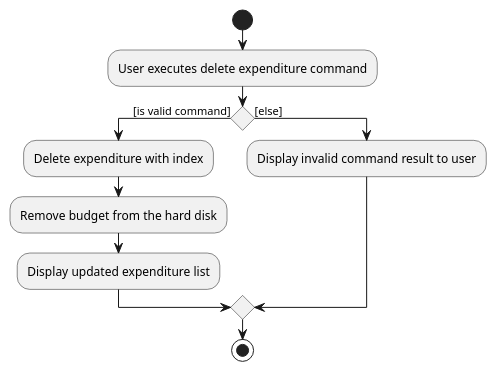
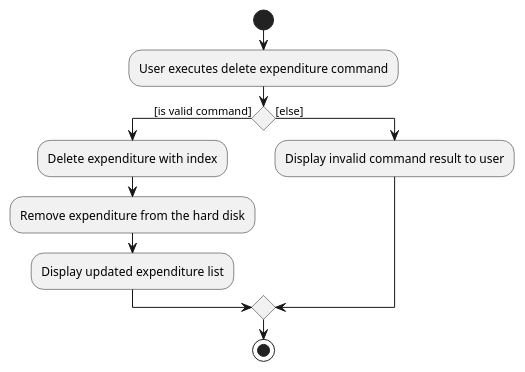
One commit to yu-ming-chen/tp changed the diagram in docs/diagrams/commandsPlantUML/DeleteExpenditureActivityDiagram.puml. Above: the diagram before and after it, drawn with PlantUML. The commit also changed 8 other files, not shown here.

Commit message:
Fix diagrams

```diff
--- a/docs/diagrams/commandsPlantUML/DeleteExpenditureActivityDiagram.puml
+++ b/docs/diagrams/commandsPlantUML/DeleteExpenditureActivityDiagram.puml
@@ -1,12 +1,12 @@
 @startuml
 start
 :User executes delete expenditure command;
 if() then ([is valid command])
     :Delete expenditure with index;
-    :Remove budget from the hard disk;
+    :Remove expenditure from the hard disk;
     :Display updated expenditure list;
 else ([else])
     :Display invalid command result to user;
 endif
 stop
 @enduml
```
